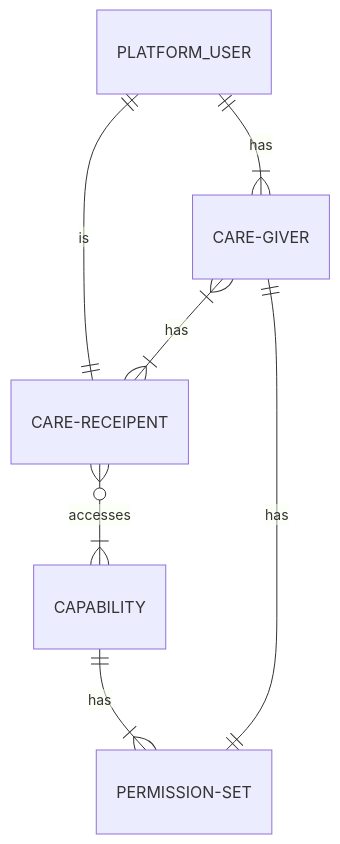
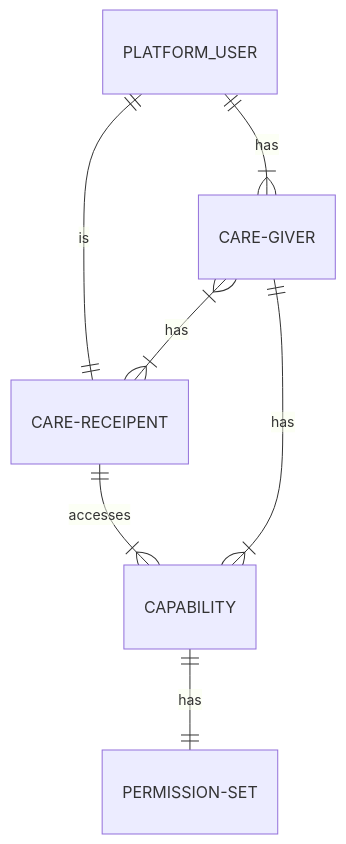
The first of 2 diagrams in Readme.md (tomkaith13/mongo-cedar), drawn with Mermaid before and after one commit. The commit also changed other lines of this file, not shown here.

Commit message:
Amended the ERD Figured since each permission set is connected to capability, we might as well remove the connection from CR and CG and have them both connect to capability directly.

````diff
--- a/Readme.md
+++ b/Readme.md
@@ -10,9 +10,9 @@
 ```mermaid
 erDiagram
     PLATFORM_USER ||--|{ CARE-GIVER: has
     PLATFORM_USER ||--|| CARE-RECEIPENT: is
     CARE-GIVER }|--|{ CARE-RECEIPENT : has
-    CARE-RECEIPENT }o--|{ CAPABILITY : accesses
-    CAPABILITY ||--|{ PERMISSION-SET: has
-    CARE-GIVER ||--|| PERMISSION-SET: has
+    CARE-RECEIPENT ||--|{ CAPABILITY : accesses
+    CAPABILITY ||--|| PERMISSION-SET: has
+    CARE-GIVER ||--|{ CAPABILITY: has
 ```
````
